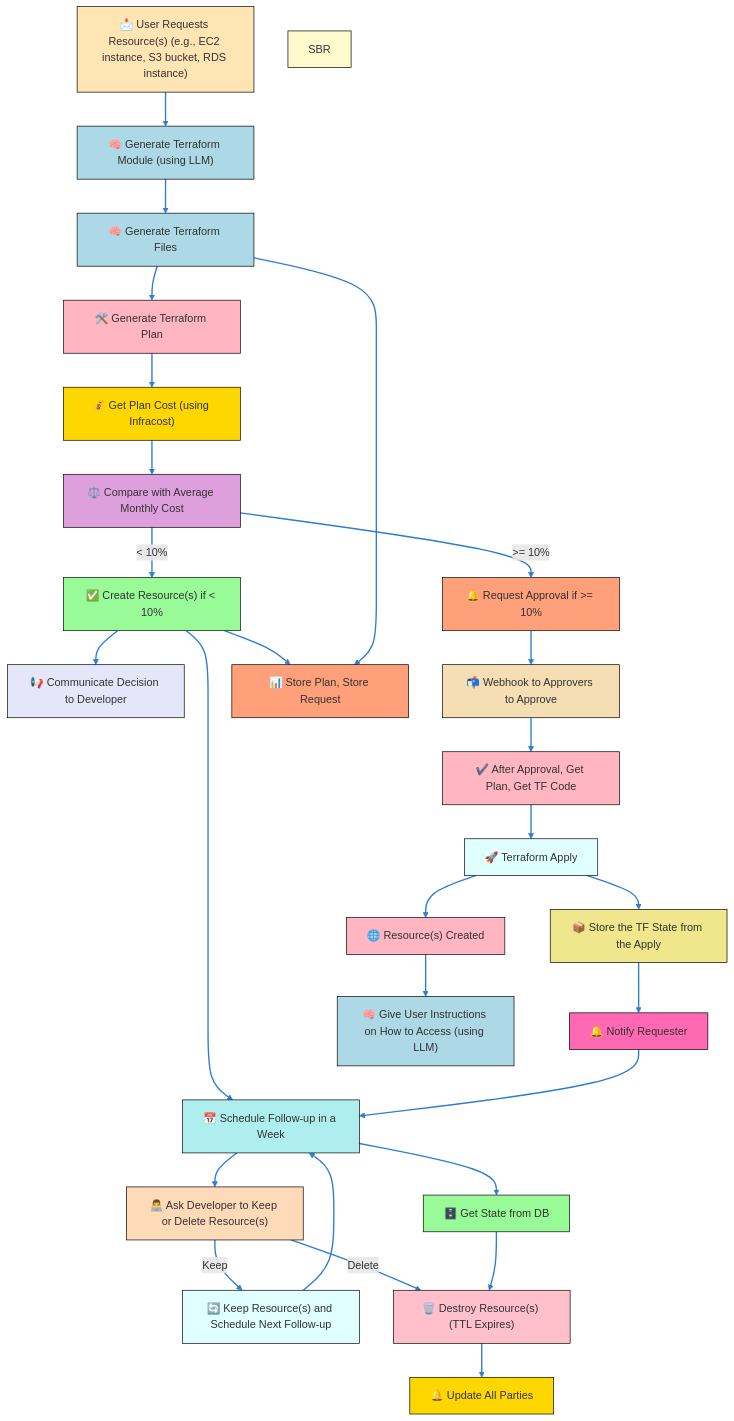
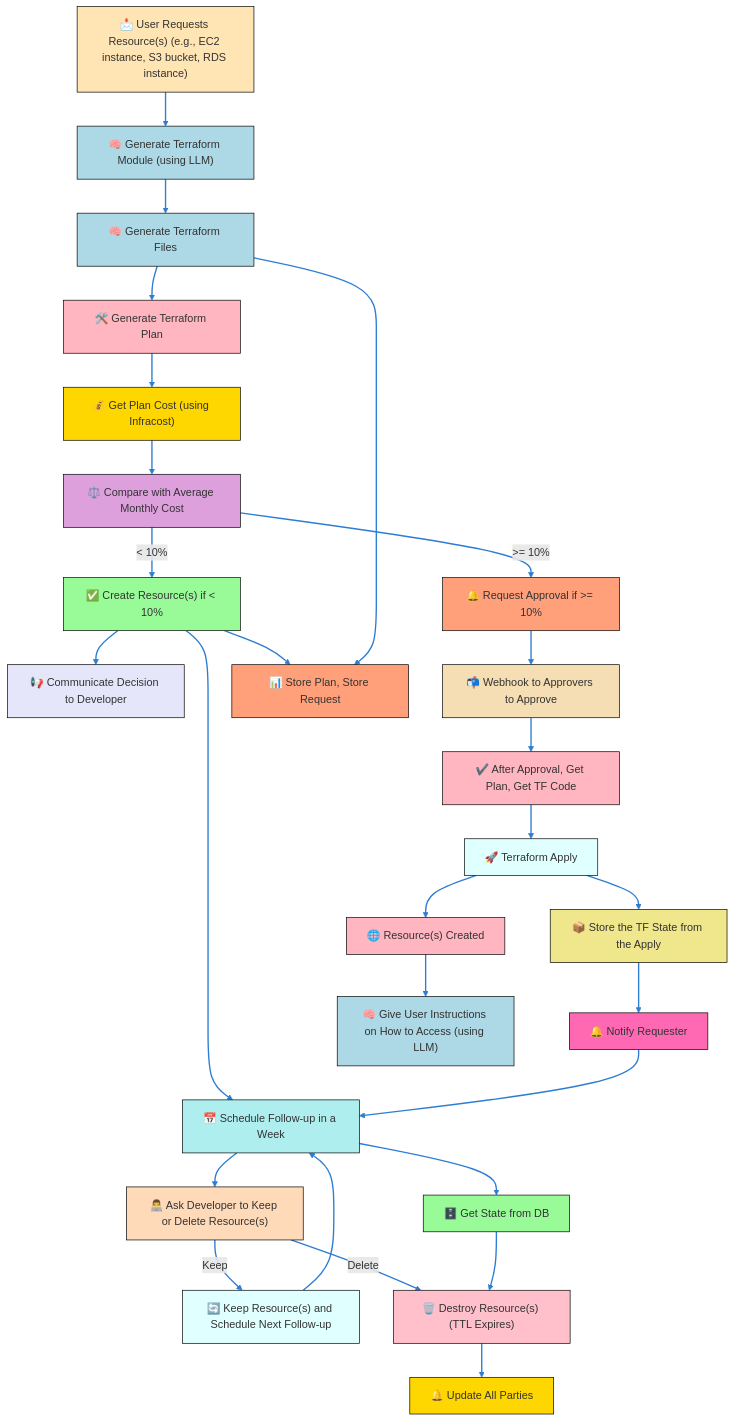
One commit to kubiyabot/terraform-modules changed the diagram in resource-lifecycle/README.md. Above: the diagram before and after it, drawn with Mermaid.

````diff
--- a/resource-lifecycle/README.md
+++ b/resource-lifecycle/README.md
@@ -9,59 +9,58 @@
 ```mermaid
 graph TD
     URR["📩 User Requests Resource(s) (e.g., EC2 instance, S3 bucket, RDS instance)"] --> GTM["🧠 Generate Terraform Module (using LLM)"]
     GTM --> TFO["🧠 Generate Terraform Files"]
     TFO --> GTP["🛠️ Generate Terraform Plan"]
     GTP --> GPC["💰 Get Plan Cost (using Infracost)"]
     GPC --> CAMC["⚖️ Compare with Average Monthly Cost"]
     CAMC -->|">= 10%"| RA["🔔 Request Approval if >= 10%"]
     CAMC -->|"< 10%"| CR["✅ Create Resource(s) if < 10%"]
     CR --> SF["📅 Schedule Follow-up in a Week"]
     SF --> AD["👨‍💻 Ask Developer to Keep or Delete Resource(s)"]
     AD -->|Keep| KS["🔄 Keep Resource(s) and Schedule Next Follow-up"]
     AD -->|Delete| DR["🗑️ Delete Resource(s)"]
     KS --> SF
     CR --> CD["📢 Communicate Decision to Developer"]
     RA --> WBA["📬 Webhook to Approvers to Approve"]
     WBA --> AAP["✔️ After Approval, Get Plan, Get TF Code"]
     AAP --> TFA["🚀 Terraform Apply"]
     TFA --> STF["📦 Store the TF State from the Apply"]
     STF --> NR["🔔 Notify Requester"]
     NR --> SF
     CR --> SPR["📊 Store Plan, Store Request"]
     TFO --> SPR
 
     SF --> GSD["🗄️ Get State from DB"]
     GSD --> DR["🗑️ Destroy Resource(s) (TTL Expires)"]
     DR --> UAP["🔔 Update All Parties"]
 
     TFA --> RC["🌐 Resource(s) Created"]
     RC --> IU["🧠 Give User Instructions on How to Access (using LLM)"]
 
     style URR fill:#FFE5B4,stroke:#000,stroke-width:1px
     style GTM fill:#ADD8E6,stroke:#000,stroke-width:1px
     style TFO fill:#ADD8E6,stroke:#000,stroke-width:1px
     style GTP fill:#FFB6C1,stroke:#000,stroke-width:1px
     style GPC fill:#FFD700,stroke:#000,stroke-width:1px
     style CAMC fill:#DDA0DD,stroke:#000,stroke-width:1px
     style RA fill:#FFA07A,stroke:#000,stroke-width:1px
     style CR fill:#98FB98,stroke:#000,stroke-width:1px
     style SF fill:#AFEEEE,stroke:#000,stroke-width:1px
     style AD fill:#FFDAB9,stroke:#000,stroke-width:1px
     style KS fill:#E0FFFF,stroke:#000,stroke-width:1px
     style DR fill:#FFC0CB,stroke:#000,stroke-width:1px
     style CD fill:#E6E6FA,stroke:#000,stroke-width:1px
-    style SBR fill:#FFFACD,stroke:#000,stroke-width:1px
     style WBA fill:#F5DEB3,stroke:#000,stroke-width:1px
     style AAP fill:#FFB6C1,stroke:#000,stroke-width:1px
     style TFA fill:#E0FFFF,stroke:#000,stroke-width:1px
     style STF fill:#F0E68C,stroke:#000,stroke-width:1px
     style NR fill:#FF69B4,stroke:#000,stroke-width:1px
     style SPR fill:#FFA07A,stroke:#000,stroke-width:1px
     style GSD fill:#98FB98,stroke:#000,stroke-width:1px
     style UAP fill:#FFD700,stroke:#000,stroke-width:1px
     style RC fill:#FFB6C1,stroke:#000,stroke-width:1px
     style IU fill:#ADD8E6,stroke:#000,stroke-width:1px
 
     linkStyle default stroke:#2d7dd2,stroke-width:2px
     classDef default fill:#f9f9f9,stroke:#000,stroke-width:1px,font-family:Arial
 ```
````
